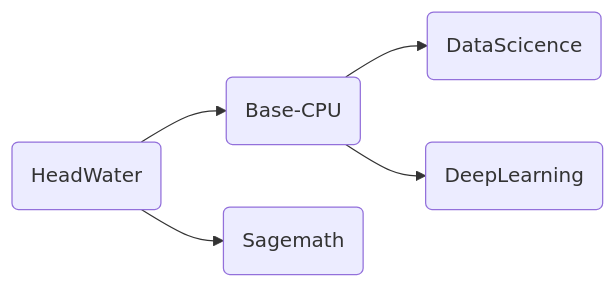
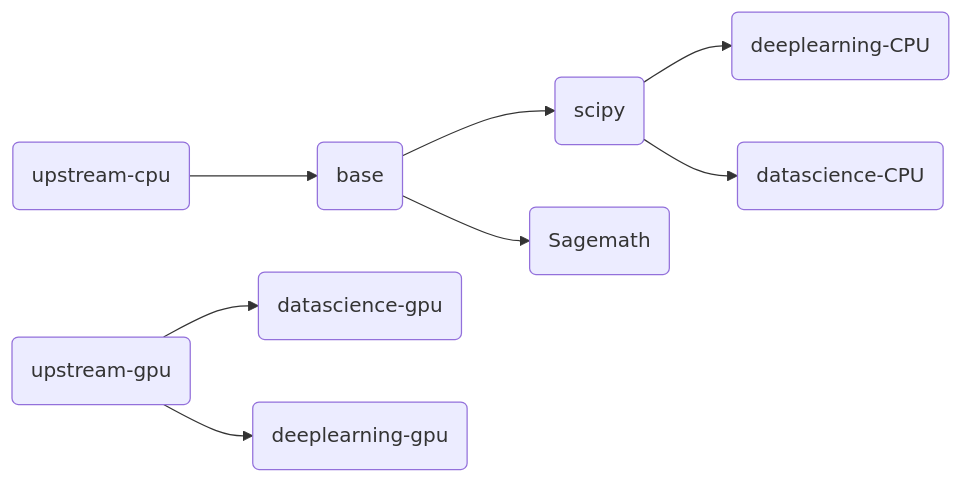
Before and after one commit to ben0i0d/jupyter-image-stacks: the diagram in README.md, drawn with Mermaid. The commit also changed other lines of this file, not shown here.

Commit message:
更新 README.md

````diff
--- a/README.md
+++ b/README.md
@@ -10,7 +9,10 @@
 ```mermaid
-	graph LR
-	A(HeadWater)-->B(Base-CPU)
-	B-->C(DataScicence)
-    B-->D(DeepLearning)	
-    A-->E(Sagemath)
-```
+graph LR
+A(upstream-cpu)-->B(base)
+B-->C(scipy)
+C-->D(deeplearning-CPU)	
+C-->E(datascience-CPU)
+B-->F(Sagemath)
+G(upstream-gpu)-->H(datascience-gpu)
+G(upstream-gpu)-->I(deeplearning-gpu)
+```  
````
